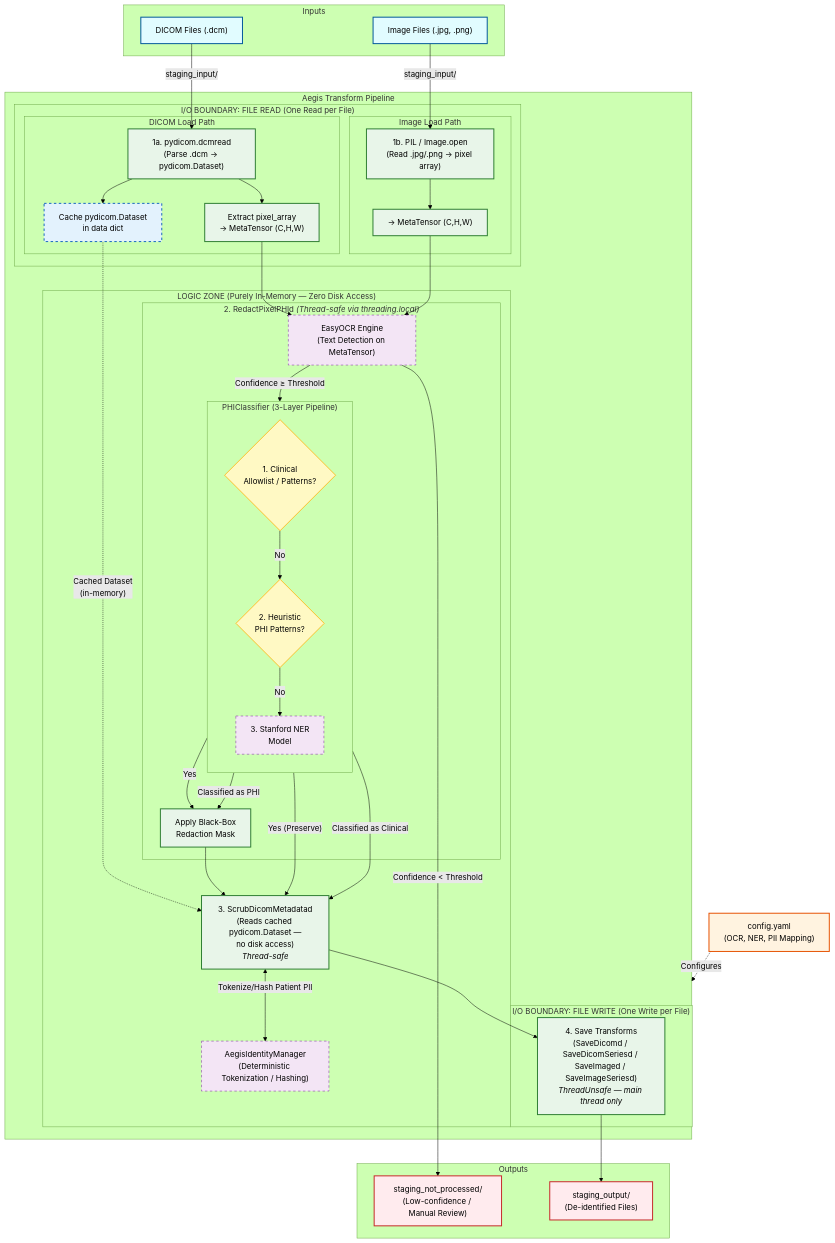
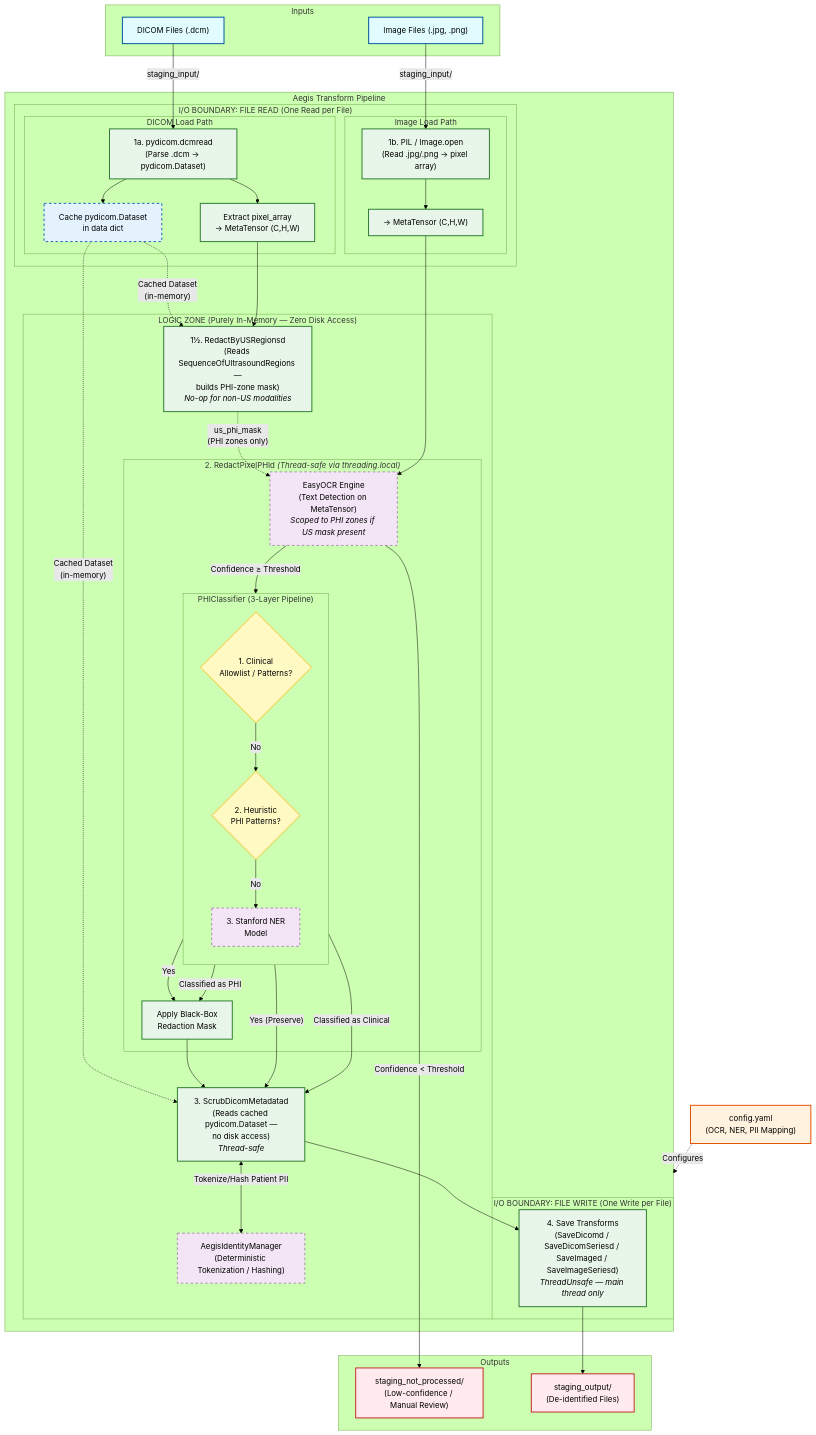
One commit to lakshmi-mahabaleshwara/aegis changed the first of 2 diagrams in README.md. Above: the diagram before and after it, drawn with Mermaid (forest theme). The commit also changed other lines of this file and 7 other files, not shown here.

Commit message:
Add SequenceOfUltrasoundRegions (0018,6011) support to use pixel fan geometry for US-modality redaction bounds

```diff
--- a/README.md
+++ b/README.md
@@ -112,8 +113,10 @@
         end
 
         subgraph Logic ["LOGIC ZONE (Purely In-Memory — Zero Disk Access)"]
+            us_regions["1½. RedactByUSRegionsd\n(Reads SequenceOfUltrasoundRegions —\nbuilds PHI-zone mask)\n<i>No-op for non-US modalities</i>"]:::process
+
             subgraph step2 ["2. RedactPixelPHId <i>(Thread-safe via threading.local)</i>"]
-                ocr["EasyOCR Engine\n(Text Detection on MetaTensor)"]:::subProcess
+                ocr["EasyOCR Engine\n(Text Detection on MetaTensor)\n<i>Scoped to PHI zones if US mask present</i>"]:::subProcess
                 
                 subgraph NER ["PHIClassifier (3-Layer Pipeline)"]
                     direction TB
@@ -148,8 +151,10 @@
     dcm_read --> dcm_cache
     dcm_read --> dcm_pixel
     img_read --> img_pixel
-    
-    dcm_pixel --> ocr
+
+    dcm_cache -. "Cached Dataset\n(in-memory)" .-> us_regions
+    dcm_pixel --> us_regions
+    us_regions -. "us_phi_mask\n(PHI zones only)" .-> ocr
     img_pixel --> ocr
 
     dcm_cache -. "Cached Dataset\n(in-memory)" .-> scrub
```
